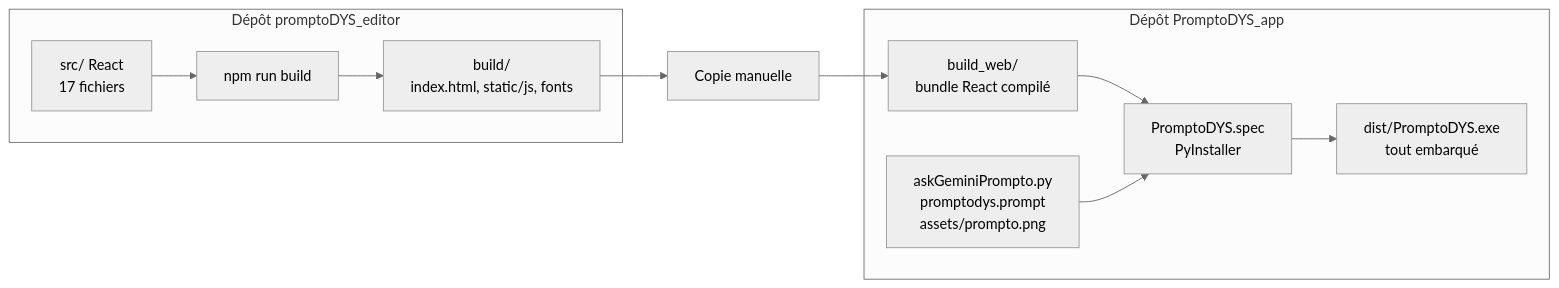
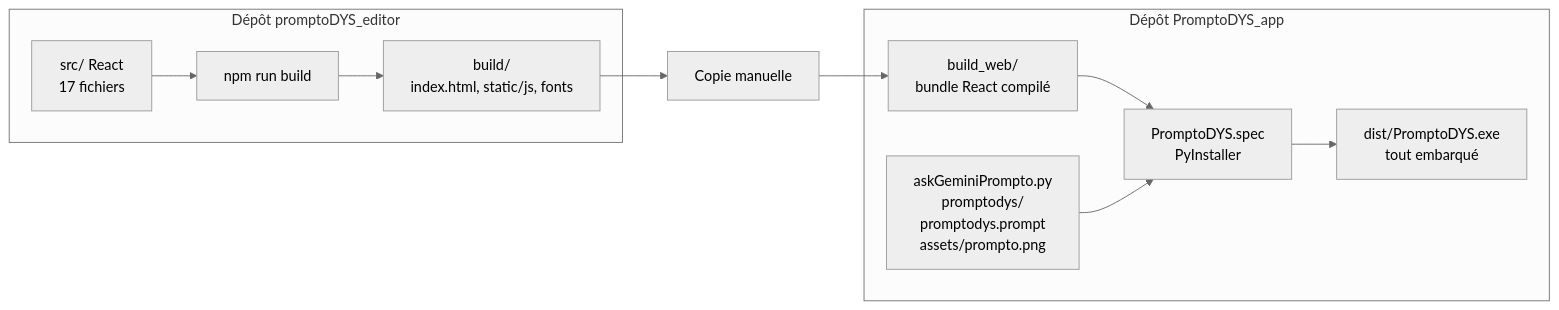
One commit to lecinquiemejour-code/PromptoDYS_app changed the fifth of 5 diagrams in doc/ARCHITECTURE.md. Above: the diagram before and after it, drawn with Mermaid (neutral theme). The commit also changed other lines of this file and 6 other files, not shown here.

````diff
--- a/doc/ARCHITECTURE.md
+++ b/doc/ARCHITECTURE.md
@@ -264,23 +275,23 @@
 ```mermaid
 flowchart LR
     subgraph ED["Dépôt promptoDYS_editor"]
         SRC["src/ React<br/>17 fichiers"]
         BUILD["npm run build"]
         OUT["build/<br/>index.html, static/js, fonts"]
         SRC --> BUILD --> OUT
     end
 
     COPY["Copie manuelle"]
 
     subgraph APP["Dépôt PromptoDYS_app"]
         WEB["build_web/<br/>bundle React compilé"]
-        PYS["askGeminiPrompto.py<br/>promptodys.prompt<br/>assets/prompto.png"]
+        PYS["askGeminiPrompto.py<br/>promptodys/<br/>promptodys.prompt<br/>assets/prompto.png"]
         SPEC["PromptoDYS.spec<br/>PyInstaller"]
         EXE["dist/PromptoDYS.exe<br/>tout embarqué"]
         WEB --> SPEC
         PYS --> SPEC
         SPEC --> EXE
     end
 
     OUT --> COPY --> WEB
 ```
````
